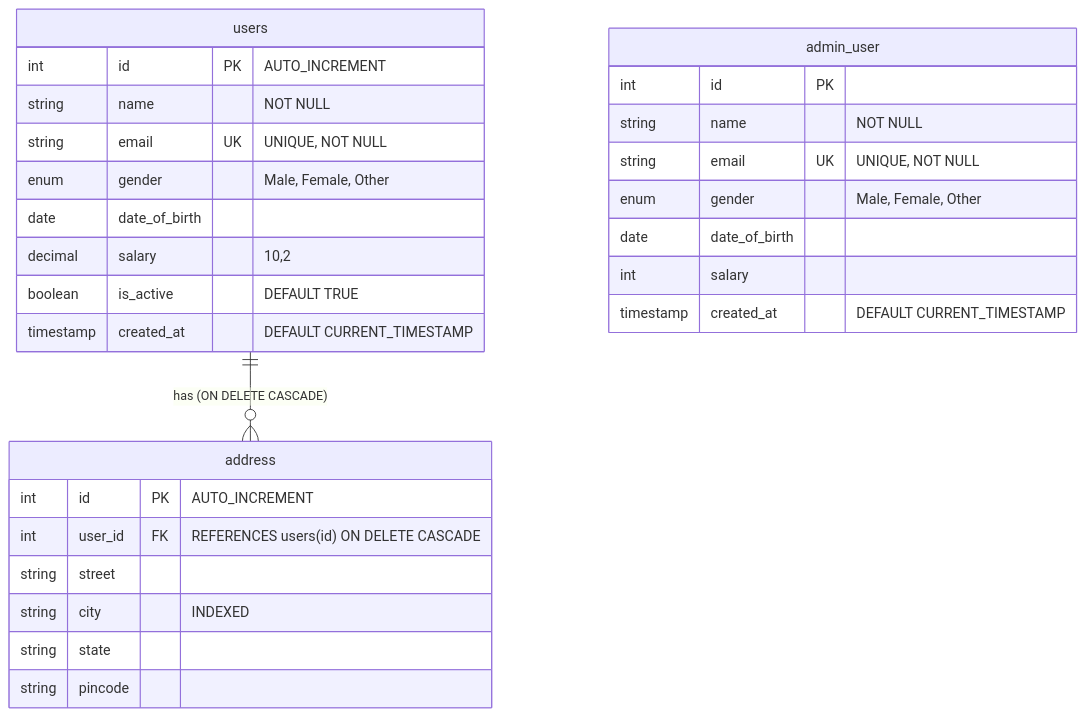
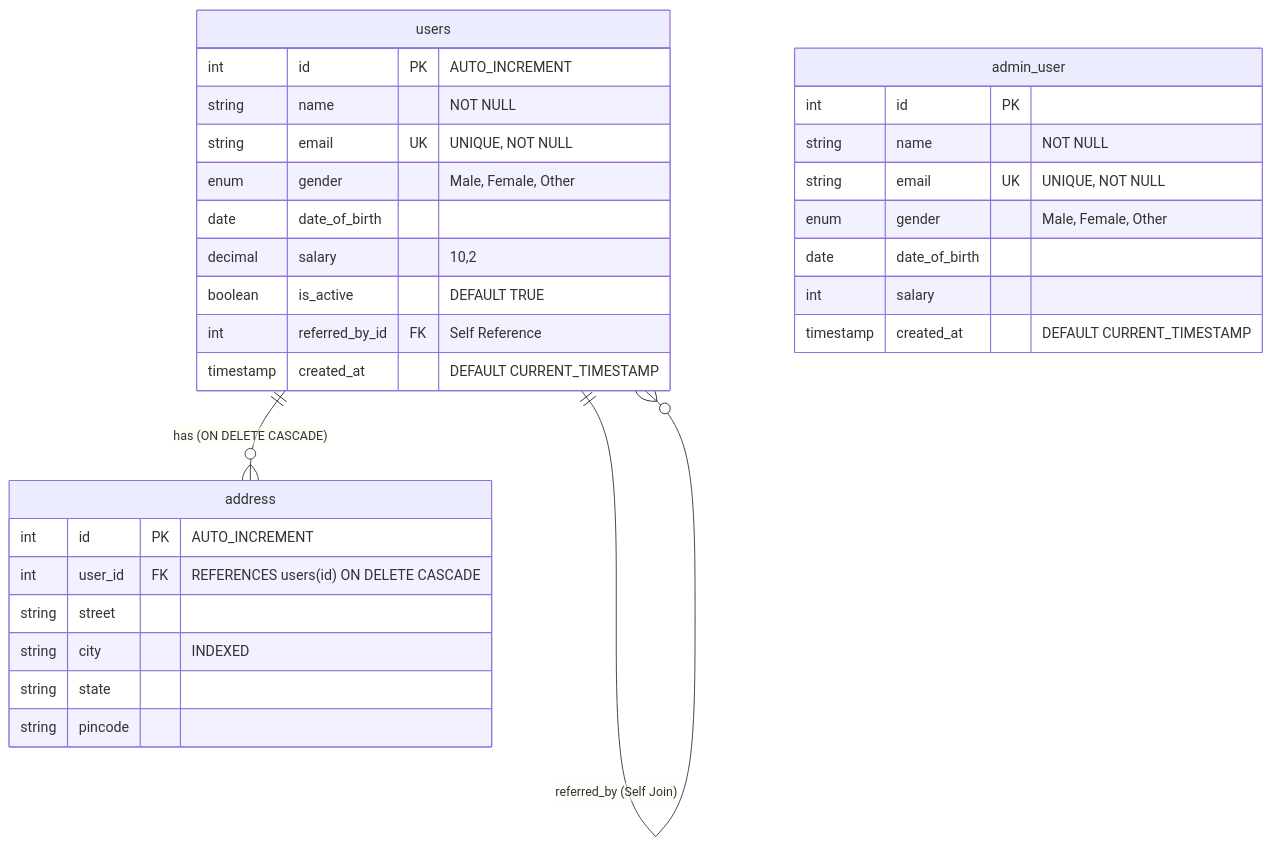
One commit to RandomRohit-hub/SQL-begins changed the diagram in README.md. Above: the diagram before and after it, drawn with Mermaid. The commit also changed other lines of this file and 3 other files, not shown here.

Commit message:
Add Module 10 (Views) and Self Join, clean root files, update cheatsheet

````diff
--- a/README.md
+++ b/README.md
@@ -75,31 +81,33 @@
 ```mermaid
 erDiagram
     users ||--o{ address : "has (ON DELETE CASCADE)"
+    users ||--o{ users : "referred_by (Self Join)"
     users {
         int id PK "AUTO_INCREMENT"
         string name "NOT NULL"
         string email UK "UNIQUE, NOT NULL"
         enum gender "Male, Female, Other"
         date date_of_birth
         decimal salary "10,2"
         boolean is_active "DEFAULT TRUE"
+        int referred_by_id FK "Self Reference"
         timestamp created_at "DEFAULT CURRENT_TIMESTAMP"
     }
     address {
         int id PK "AUTO_INCREMENT"
         int user_id FK "REFERENCES users(id) ON DELETE CASCADE"
         string street
         string city "INDEXED"
         string state
         string pincode
     }
     admin_user {
         int id PK
         string name "NOT NULL"
         string email UK "UNIQUE, NOT NULL"
         enum gender "Male, Female, Other"
         date date_of_birth
         int salary
         timestamp created_at "DEFAULT CURRENT_TIMESTAMP"
     }
 ```
````
